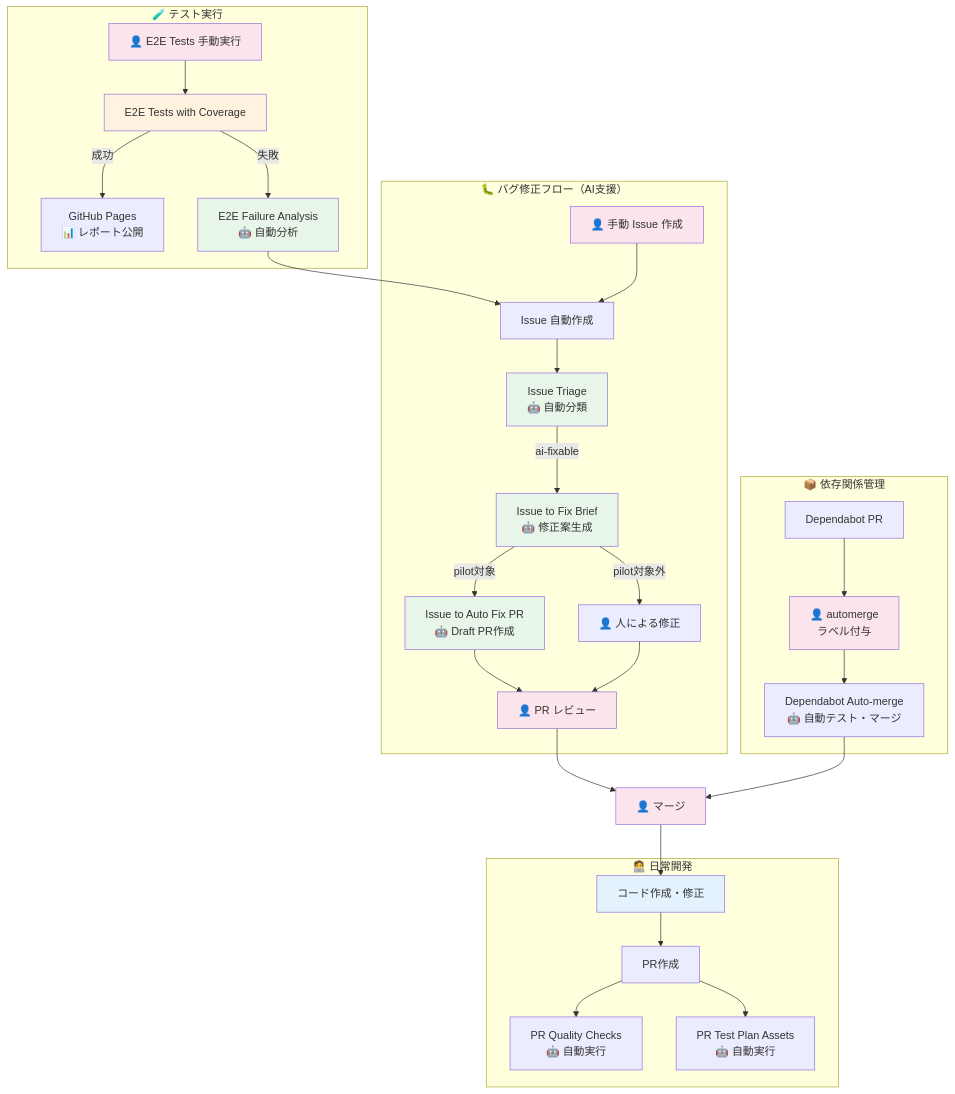
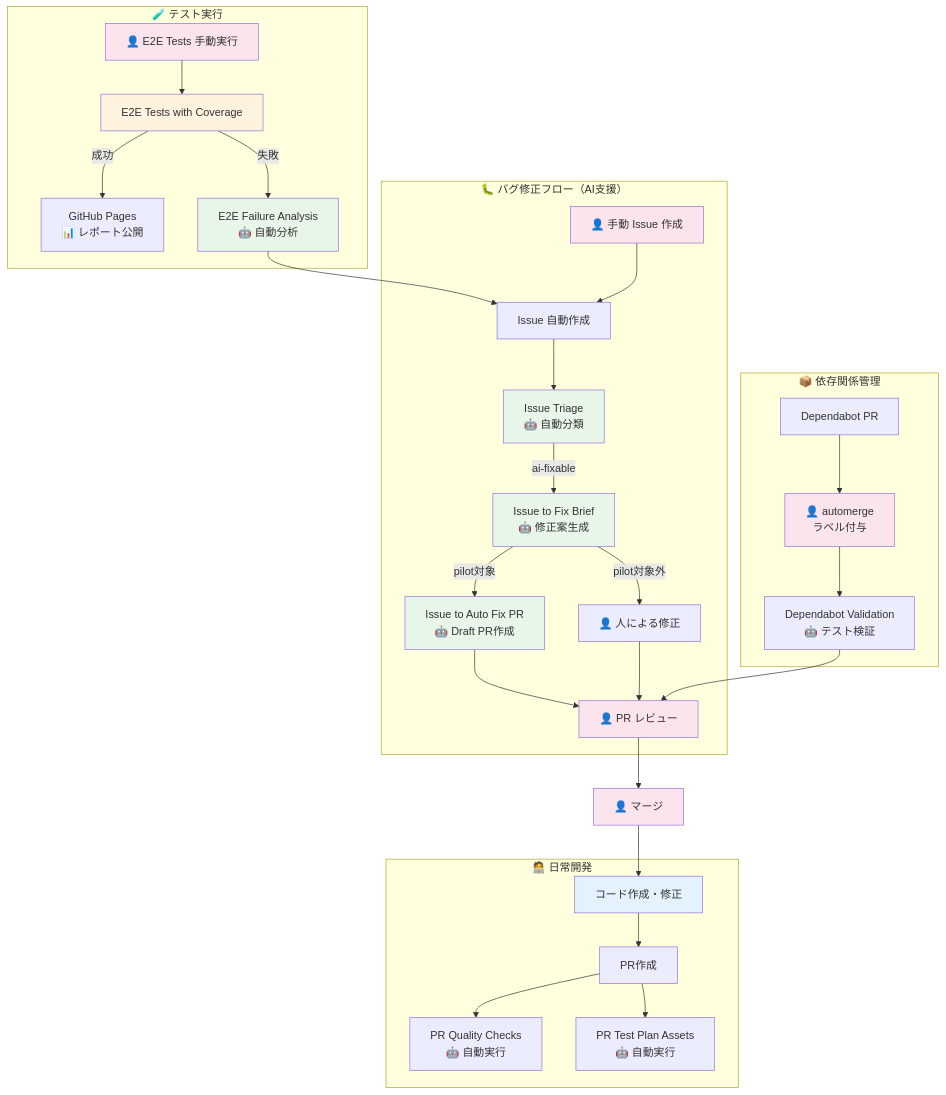
The fifth of 10 diagrams in README.md (cocomomojo/test_app), drawn with Mermaid before and after one commit. The commit also changed other lines of this file and 2 other files, not shown here.

Commit message:
Update Dependabot policy to manual merge and document cause of missing issue automation

````diff
--- a/README.md
+++ b/README.md
@@ -465,46 +465,46 @@
 ```mermaid
 graph TB
     subgraph "🧑‍💻 日常開発"
         DEV[コード作成・修正] --> PR[PR作成]
         PR --> PR_QUALITY[PR Quality Checks<br/>🤖 自動実行]
         PR --> PR_TEST_PLAN[PR Test Plan Assets<br/>🤖 自動実行]
     end
 
     subgraph "🧪 テスト実行"
         E2E_MANUAL[👤 E2E Tests 手動実行] --> E2E_RUN[E2E Tests with Coverage]
         E2E_RUN -->|成功| PAGES[GitHub Pages<br/>📊 レポート公開]
         E2E_RUN -->|失敗| E2E_ANALYSIS[E2E Failure Analysis<br/>🤖 自動分析]
     end
 
     subgraph "🐛 バグ修正フロー（AI支援）"
         E2E_ANALYSIS --> ISSUE_CREATE[Issue 自動作成]
         MANUAL_ISSUE[👤 手動 Issue 作成] --> ISSUE_CREATE
         ISSUE_CREATE --> TRIAGE[Issue Triage<br/>🤖 自動分類]
         TRIAGE -->|ai-fixable| FIX_BRIEF[Issue to Fix Brief<br/>🤖 修正案生成]
         FIX_BRIEF -->|pilot対象| AUTO_FIX[Issue to Auto Fix PR<br/>🤖 Draft PR作成]
         FIX_BRIEF -->|pilot対象外| HUMAN_FIX[👤 人による修正]
         AUTO_FIX --> REVIEW[👤 PR レビュー]
         HUMAN_FIX --> REVIEW
     end
 
     subgraph "📦 依存関係管理"
         DEPENDABOT[Dependabot PR] --> LABEL[👤 automerge<br/>ラベル付与]
-        LABEL --> AUTO_MERGE[Dependabot Auto-merge<br/>🤖 自動テスト・マージ]
+        LABEL --> VALIDATE[Dependabot Validation<br/>🤖 テスト検証]
     end
 
     REVIEW --> MERGE[👤 マージ]
-    AUTO_MERGE --> MERGE
+    VALIDATE --> REVIEW
     MERGE --> DEV
 
     style DEV fill:#e3f2fd
     style E2E_RUN fill:#fff3e0
     style TRIAGE fill:#e8f5e9
     style FIX_BRIEF fill:#e8f5e9
     style AUTO_FIX fill:#e8f5e9
     style E2E_ANALYSIS fill:#e8f5e9
     style REVIEW fill:#fce4ec
     style MERGE fill:#fce4ec
     style E2E_MANUAL fill:#fce4ec
     style MANUAL_ISSUE fill:#fce4ec
     style LABEL fill:#fce4ec
 ```
````
